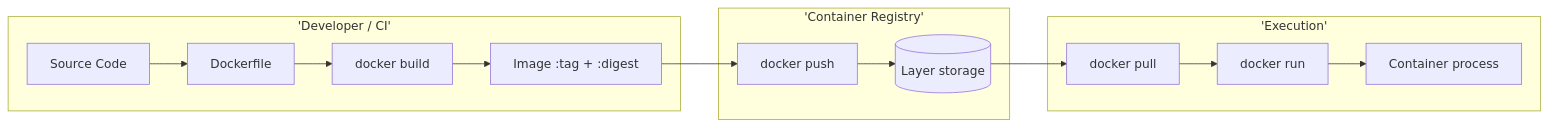
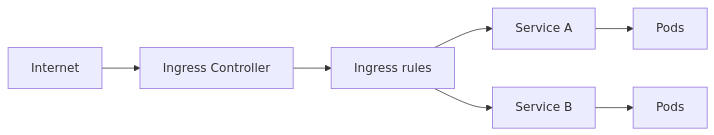
Diagram 13 of 24 in 11-cloud-and-kubernetes/README.md (hareramcse/SystemDesign), drawn with Mermaid before and after one commit. The commit also changed other lines of this file, not shown here.

````diff
--- a/11-cloud-and-kubernetes/README.md
+++ b/11-cloud-and-kubernetes/README.md
@@ -912,17 +3971,9 @@
 ```mermaid
 flowchart LR
-    subgraph Dev['Developer / CI']
-        Code[Source Code] --> DF[Dockerfile]
-        DF --> Build[docker build]
-        Build --> Img["Image :tag + :digest"]
-    end
-    subgraph Registry['Container Registry']
-        Img --> Push[docker push]
-        Push --> Store[(Layer storage)]
-    end
-    subgraph Runtime['Execution']
-        Store --> Pull[docker pull]
-        Pull --> Run[docker run]
-        Run --> CTR[Container process]
-    end
+    Net[Internet] --> IC[Ingress Controller]
+    IC --> Ing[Ingress rules]
+    Ing --> SA[Service A]
+    Ing --> SB[Service B]
+    SA --> PA[Pods]
+    SB --> PB[Pods]
 ```
````
